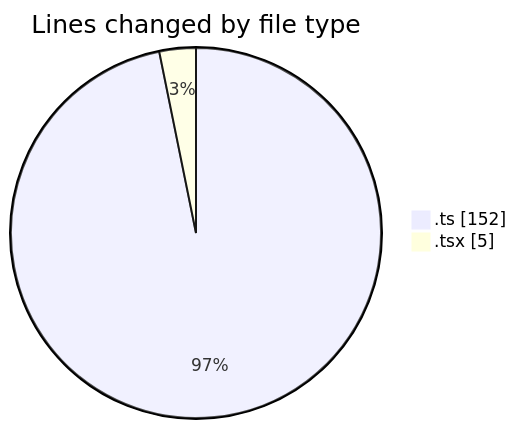
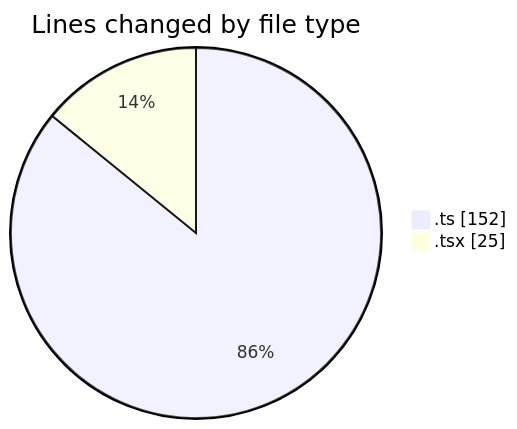
Before and after one commit to julien-gomy/code-tracking: the first of 2 diagrams in 2025-11-26/eventscop-frontend-guide__workspace_/README.md, drawn with Mermaid. The commit also changed other lines of this file and 1 other file, not shown here.

````diff
--- a/2025-11-26/eventscop-frontend-guide__workspace_/README.md
+++ b/2025-11-26/eventscop-frontend-guide__workspace_/README.md
@@ -21,6 +21,6 @@
 ```mermaid
 pie showData
 title Lines changed by file type
 ".ts" : 152
-".tsx" : 5
+".tsx" : 25
 ```
````
